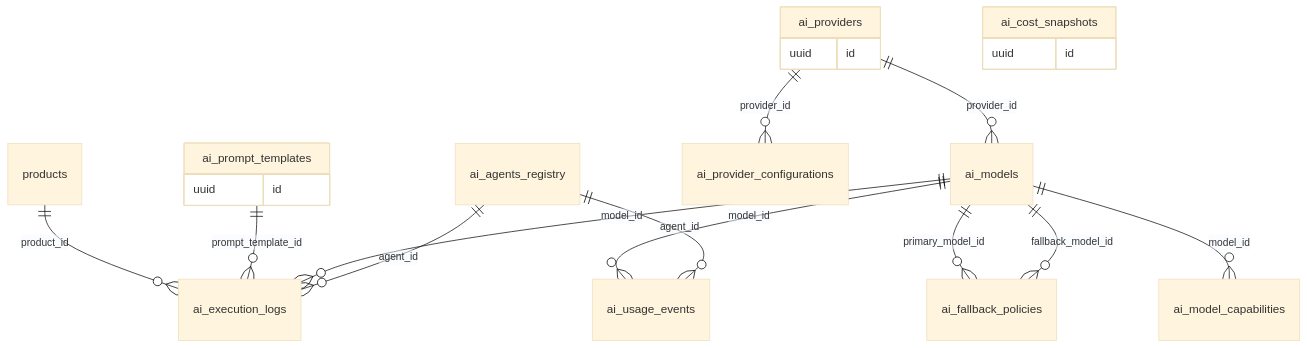
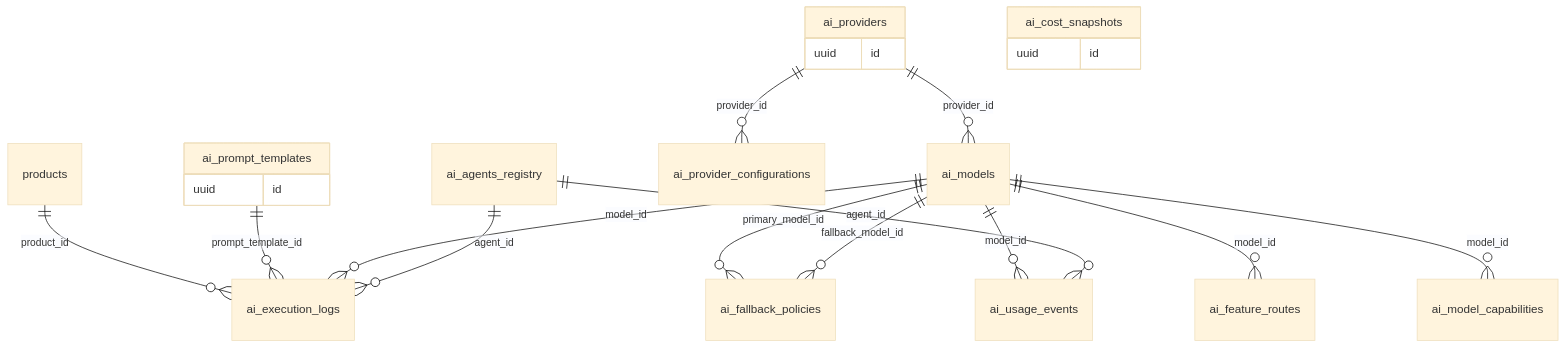
The tenth of 21 diagrams in docs/database/ERD.md (yassineelhif5-pixel/Grouth-IA), drawn with Mermaid (base theme) before and after one commit. The commit also changed other lines of this file and 35 other files, not shown here.

First line of the commit message:
feat(database): PROMPT 2 additive schema — 291 tables, run tables, business roles, WhatsApp, page builder, growth policies, AI routing

````diff
--- a/docs/database/ERD.md
+++ b/docs/database/ERD.md
@@ -206,17 +210,18 @@
 ```mermaid
 erDiagram
     ai_providers { uuid id }
     ai_prompt_templates { uuid id }
     ai_cost_snapshots { uuid id }
     ai_agents_registry ||--o{ ai_execution_logs : agent_id
     ai_agents_registry ||--o{ ai_usage_events : agent_id
     ai_models ||--o{ ai_execution_logs : model_id
     ai_models ||--o{ ai_fallback_policies : fallback_model_id
     ai_models ||--o{ ai_fallback_policies : primary_model_id
+    ai_models ||--o{ ai_feature_routes : model_id
     ai_models ||--o{ ai_model_capabilities : model_id
     ai_models ||--o{ ai_usage_events : model_id
     ai_prompt_templates ||--o{ ai_execution_logs : prompt_template_id
     ai_providers ||--o{ ai_models : provider_id
     ai_providers ||--o{ ai_provider_configurations : provider_id
     products ||--o{ ai_execution_logs : product_id
 ```
````
